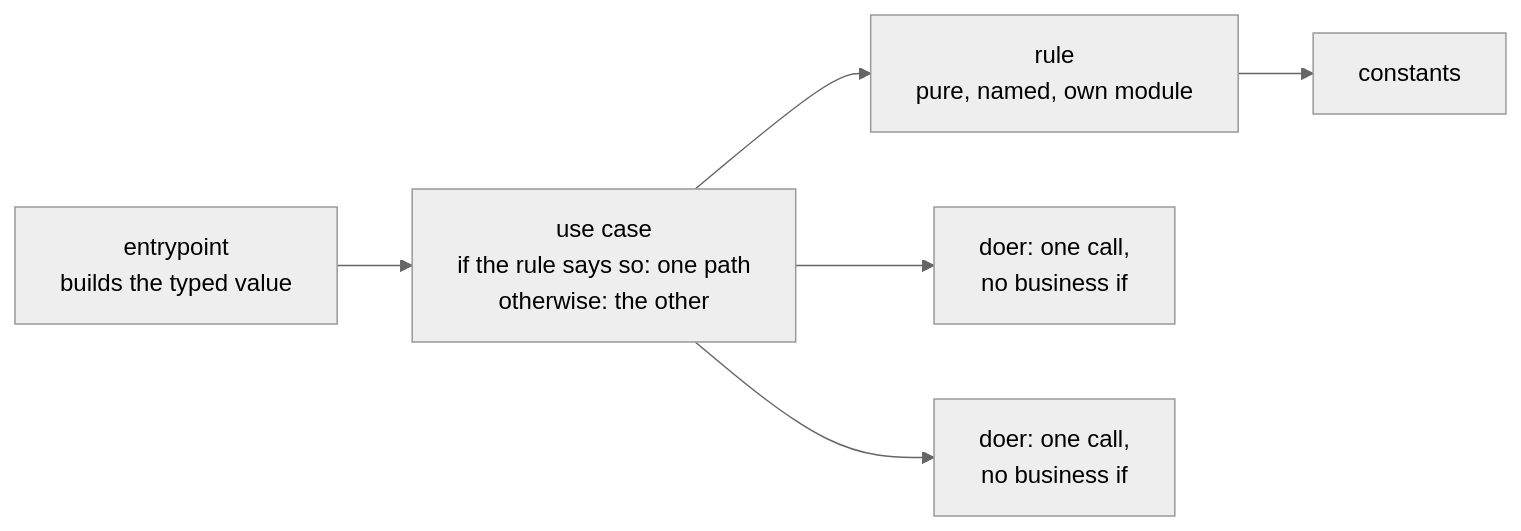
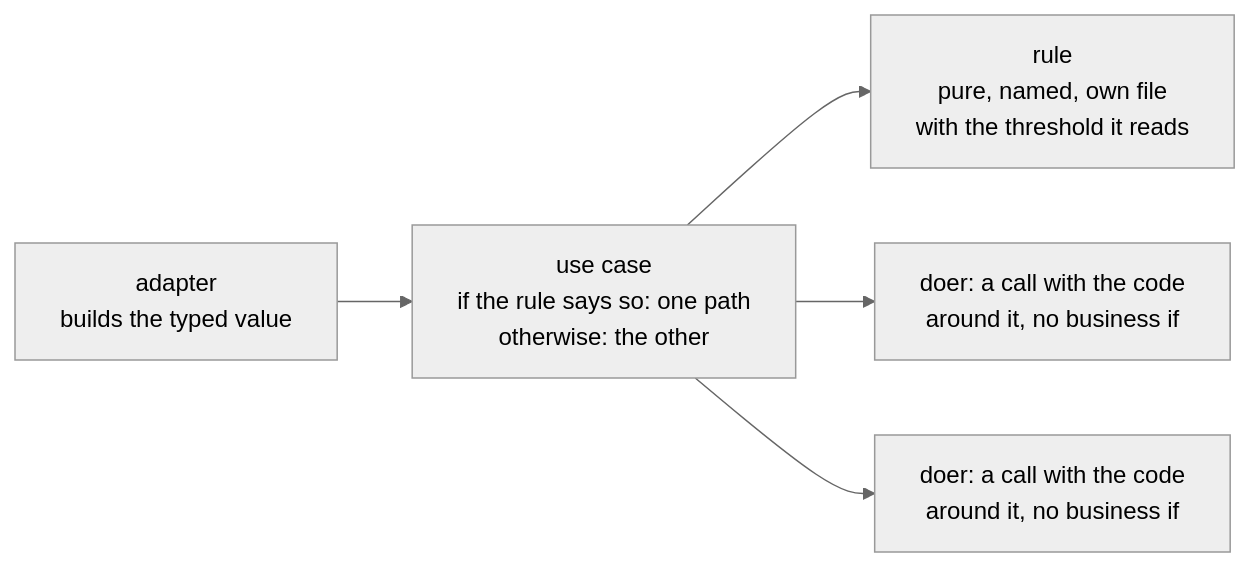
The diagram in docs/engineering/python/README.md (a6m1n/my-claude-best), drawn with Mermaid (neutral theme) before and after one commit. The commit also changed other lines of this file and 6 other files, not shown here.

````diff
--- a/docs/engineering/python/README.md
+++ b/docs/engineering/python/README.md
@@ -15,8 +16,7 @@
 ```mermaid
 flowchart LR
-  E["entrypoint<br/>builds the typed value"] --> U["use case<br/>if the rule says so: one path<br/>otherwise: the other"]
-  U --> R["rule<br/>pure, named, own module"]
-  R --> K["constants"]
-  U --> D1["doer: one call,<br/>no business if"]
-  U --> D2["doer: one call,<br/>no business if"]
+  E["adapter<br/>builds the typed value"] --> U["use case<br/>if the rule says so: one path<br/>otherwise: the other"]
+  U --> R["rule<br/>pure, named, own file<br/>with the threshold it reads"]
+  U --> D1["doer: a call with the code<br/>around it, no business if"]
+  U --> D2["doer: a call with the code<br/>around it, no business if"]
 ```
````
